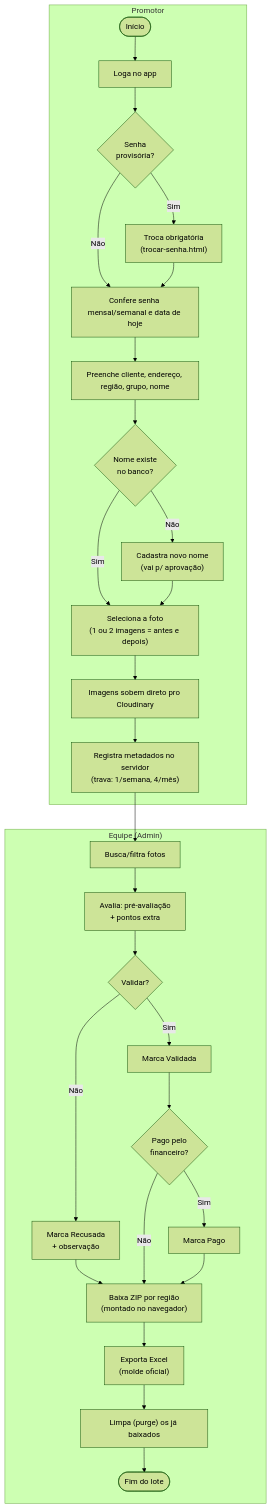
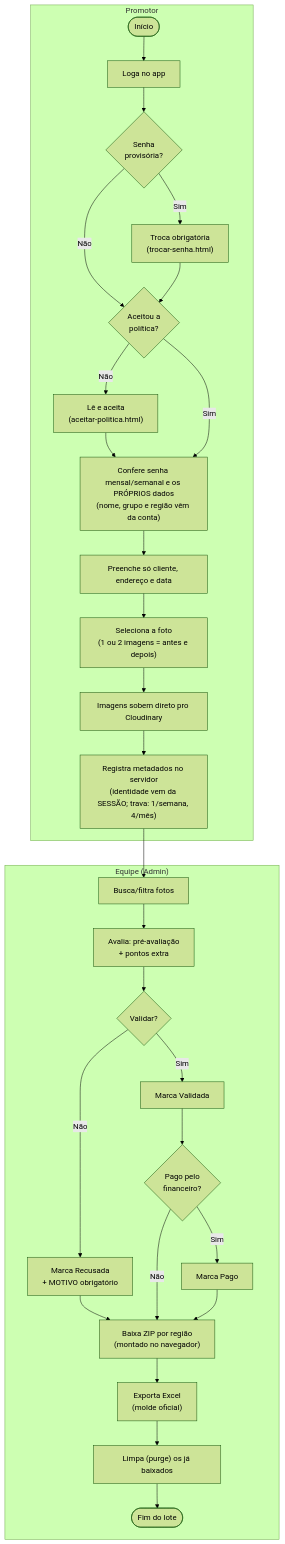
The first of 5 diagrams in docs/04-fluxos-bpmn.md (Vaniteux2006/pdv_memphis), drawn with Mermaid (forest theme) before and after one commit. The commit also changed other lines of this file and 7 other files, not shown here.

````diff
--- a/docs/04-fluxos-bpmn.md
+++ b/docs/04-fluxos-bpmn.md
@@ -23,34 +23,34 @@
 ```mermaid
 flowchart TD
   subgraph Promotor
     A1([Início]) --> A2["Loga no app"]
     A2 --> A2b{"Senha<br/>provisória?"}
     A2b -- Sim --> A2c["Troca obrigatória<br/>(trocar-senha.html)"]
-    A2b -- Não --> A3
-    A2c --> A3["Confere senha mensal/semanal e data de hoje"]
-    A3 --> A4["Preenche cliente, endereço, região, grupo, nome"]
-    A4 --> A5{"Nome existe<br/>no banco?"}
-    A5 -- Não --> A6["Cadastra novo nome<br/>(vai p/ aprovação)"]
-    A5 -- Sim --> A7
-    A6 --> A7["Seleciona a foto<br/>(1 ou 2 imagens = antes e depois)"]
+    A2b -- Não --> A2d
+    A2c --> A2d{"Aceitou a<br/>política?"}
+    A2d -- Não --> A2e["Lê e aceita<br/>(aceitar-politica.html)"]
+    A2e --> A3
+    A2d -- Sim --> A3["Confere senha mensal/semanal e os PRÓPRIOS dados<br/>(nome, grupo e região vêm da conta)"]
+    A3 --> A4["Preenche só cliente, endereço e data"]
+    A4 --> A7["Seleciona a foto<br/>(1 ou 2 imagens = antes e depois)"]
     A7 --> A8["Imagens sobem direto pro Cloudinary"]
-    A8 --> A9["Registra metadados no servidor<br/>(trava: 1/semana, 4/mês)"]
+    A8 --> A9["Registra metadados no servidor<br/>(identidade vem da SESSÃO; trava: 1/semana, 4/mês)"]
   end
 
   subgraph Equipe["Equipe (Admin)"]
     B1["Busca/filtra fotos"] --> B2["Avalia: pré-avaliação<br/>+ pontos extra"]
     B2 --> B3{"Validar?"}
     B3 -- Sim --> B4["Marca Validada"]
-    B3 -- Não --> B5["Marca Recusada<br/>+ observação"]
+    B3 -- Não --> B5["Marca Recusada<br/>+ MOTIVO obrigatório"]
     B4 --> B6{"Pago pelo<br/>financeiro?"}
     B5 --> B7
     B6 -- Sim --> B8["Marca Pago"]
     B6 -- Não --> B7
     B8 --> B7["Baixa ZIP por região<br/>(montado no navegador)"]
     B7 --> B9["Exporta Excel<br/>(molde oficial)"]
     B9 --> B10["Limpa (purge) os já baixados"]
     B10 --> B11([Fim do lote])
   end
 
   A9 --> B1
 ```
````
